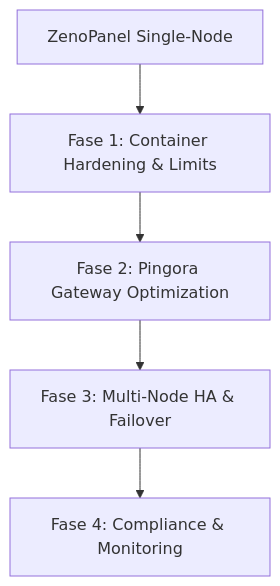
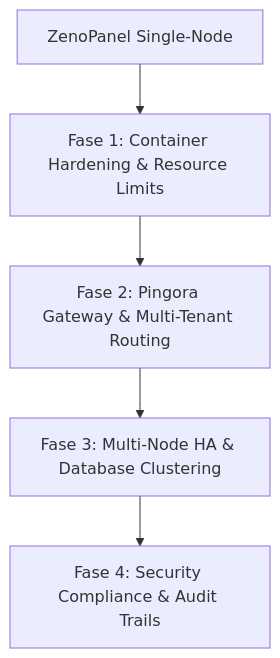
The diagram in plan.md (nextcore/zenopanel), drawn with Mermaid before and after one commit. The commit also changed other lines of this file, not shown here.

Commit message:
docs: pivot ZenoPanel roadmap from healthcare focus to enterprise-grade ERP hosting and multi-node clustering architecture

````diff
--- a/plan.md
+++ b/plan.md
@@ -9,7 +9,7 @@
 ```mermaid
 graph TD
-    A[ZenoPanel Single-Node] --> B[Fase 1: Container Hardening & Limits]
-    B --> C[Fase 2: Pingora Gateway Optimization]
-    C --> D[Fase 3: Multi-Node HA & Failover]
-    D --> E[Fase 4: Compliance & Monitoring]
+    A[ZenoPanel Single-Node] --> B[Fase 1: Container Hardening & Resource Limits]
+    B --> C[Fase 2: Pingora Gateway & Multi-Tenant Routing]
+    C --> D[Fase 3: Multi-Node HA & Database Clustering]
+    D --> E[Fase 4: Security Compliance & Audit Trails]
 ```
````
